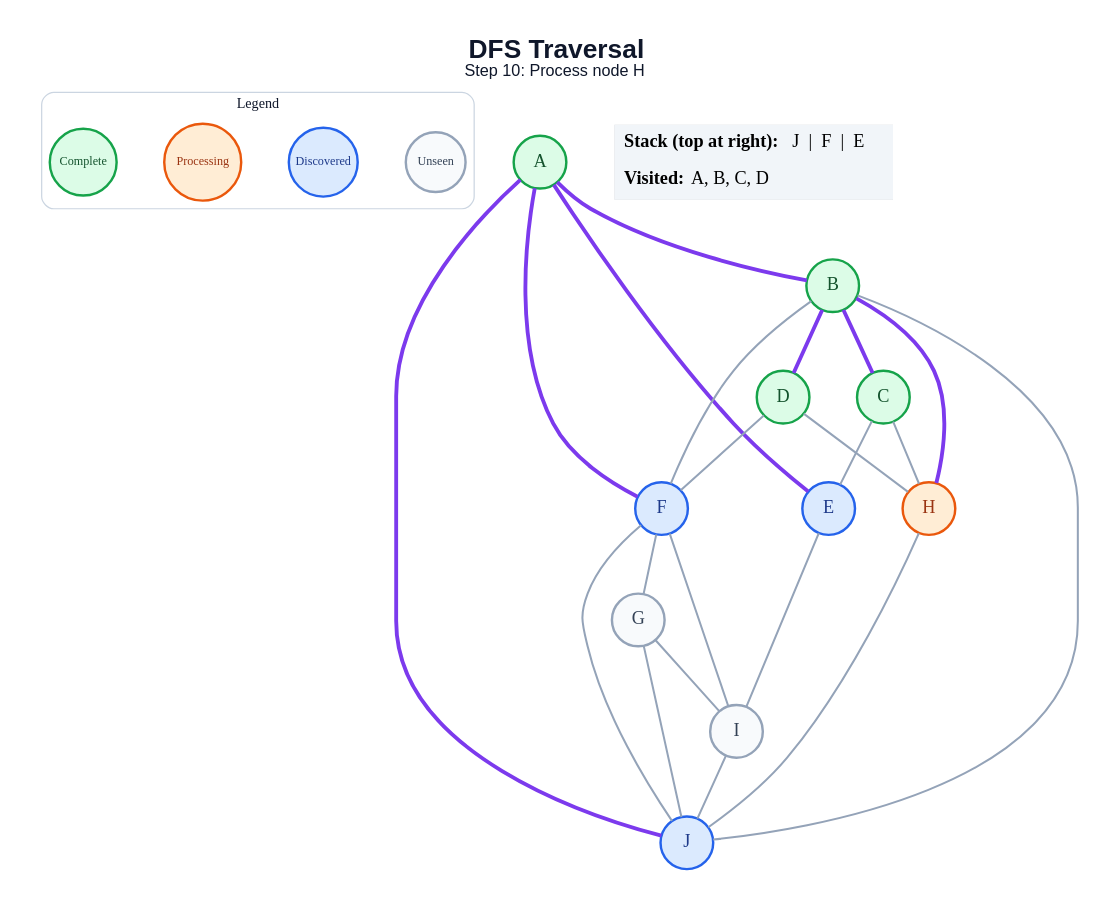
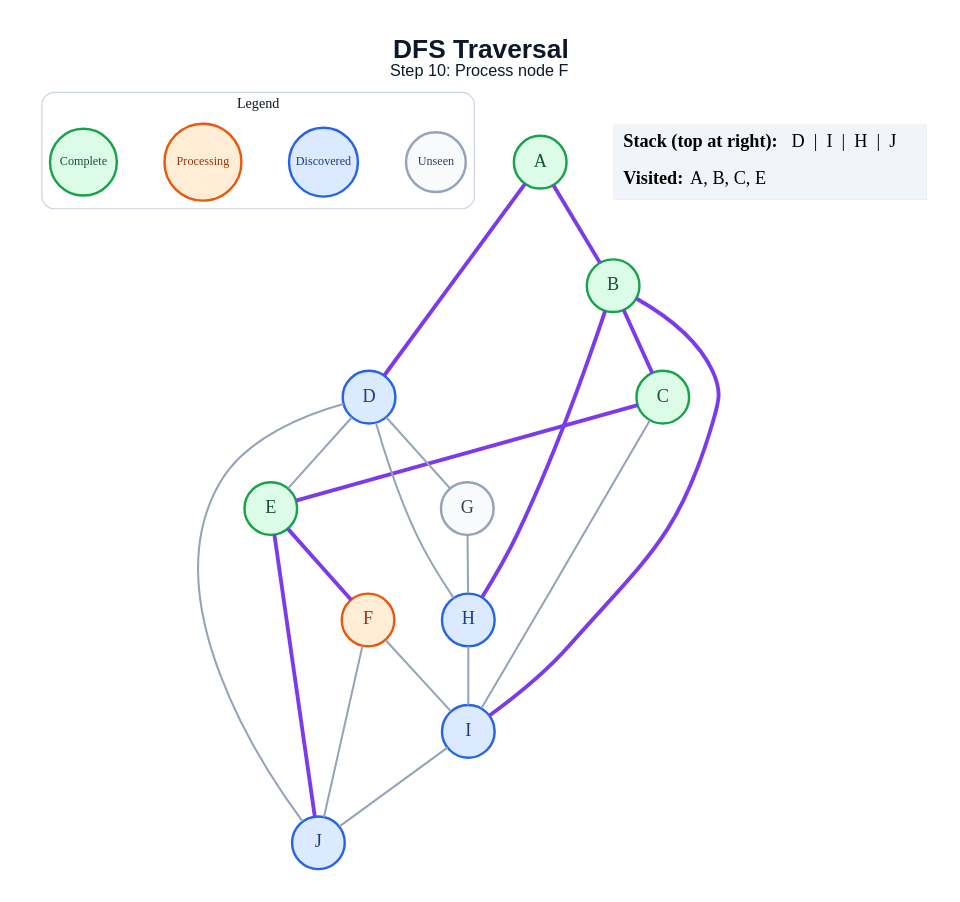
The diagram in generated/dfs/step_10.dot (amanghodawala9/ai-slop), drawn with Graphviz before and after one commit. The commit also changed 178 other files, not shown here.

```diff
--- a/generated/dfs/step_10.dot
+++ b/generated/dfs/step_10.dot
@@ -1,50 +1,47 @@
 graph traversal {
   graph [layout=dot, rankdir=TB, bgcolor="#FFFFFF", pad="0.35", nodesep="0.65", ranksep="0.8", fontname="Arial"];
   node [shape=circle, style="filled", fontname="Arial Bold", fontsize=18, width=0.72, fixedsize=true, penwidth=2.4];
   edge [color="#94A3B8", penwidth=2.0];
-  label=<<B>DFS Traversal</B><BR/><FONT POINT-SIZE="16">Step 10: Process node H</FONT>>; labelloc="t"; fontsize=26; fontname="Arial"; fontcolor="#0F172A";
+  label=<<B>DFS Traversal</B><BR/><FONT POINT-SIZE="16">Step 10: Process node F</FONT>>; labelloc="t"; fontsize=26; fontname="Arial"; fontcolor="#0F172A";
   subgraph cluster_legend { label="Legend"; color="#CBD5E1"; penwidth=1.2; style="rounded"; fontsize=14; fontname="Arial Bold";
     key_unseen [label="Unseen", fillcolor="#F8FAFC", color="#94A3B8", fontcolor="#334155", fontsize=12, width=0.82];
     key_frontier [label="Discovered", fillcolor="#DBEAFE", color="#2563EB", fontcolor="#1E3A8A", fontsize=12, width=0.95];
     key_current [label="Processing", fillcolor="#FFEDD5", color="#EA580C", fontcolor="#9A3412", fontsize=12, width=1.05];
     key_done [label="Complete", fillcolor="#DCFCE7", color="#16A34A", fontcolor="#14532D", fontsize=12, width=0.92];
     { rank=same; key_unseen; key_frontier; key_current; key_done; }
   }
   A [fillcolor="#DCFCE7", color="#16A34A", fontcolor="#14532D"];
   B [fillcolor="#DCFCE7", color="#16A34A", fontcolor="#14532D"];
   C [fillcolor="#DCFCE7", color="#16A34A", fontcolor="#14532D"];
-  D [fillcolor="#DCFCE7", color="#16A34A", fontcolor="#14532D"];
-  E [fillcolor="#DBEAFE", color="#2563EB", fontcolor="#1E3A8A"];
-  F [fillcolor="#DBEAFE", color="#2563EB", fontcolor="#1E3A8A"];
+  D [fillcolor="#DBEAFE", color="#2563EB", fontcolor="#1E3A8A"];
+  E [fillcolor="#DCFCE7", color="#16A34A", fontcolor="#14532D"];
+  F [fillcolor="#FFEDD5", color="#EA580C", fontcolor="#9A3412"];
   G [fillcolor="#F8FAFC", color="#94A3B8", fontcolor="#334155"];
-  H [fillcolor="#FFEDD5", color="#EA580C", fontcolor="#9A3412"];
-  I [fillcolor="#F8FAFC", color="#94A3B8", fontcolor="#334155"];
+  H [fillcolor="#DBEAFE", color="#2563EB", fontcolor="#1E3A8A"];
+  I [fillcolor="#DBEAFE", color="#2563EB", fontcolor="#1E3A8A"];
   J [fillcolor="#DBEAFE", color="#2563EB", fontcolor="#1E3A8A"];
   A -- B [color="#7C3AED", penwidth=3.8];
-  A -- E [color="#7C3AED", penwidth=3.8];
-  A -- F [color="#7C3AED", penwidth=3.8];
-  A -- J [color="#7C3AED", penwidth=3.8];
+  A -- D [color="#7C3AED", penwidth=3.8];
   B -- C [color="#7C3AED", penwidth=3.8];
-  B -- D [color="#7C3AED", penwidth=3.8];
-  B -- F;
   B -- H [color="#7C3AED", penwidth=3.8];
-  B -- J;
-  C -- E;
-  C -- H;
-  D -- F;
+  B -- I [color="#7C3AED", penwidth=3.8];
+  C -- E [color="#7C3AED", penwidth=3.8];
+  C -- I;
+  D -- E;
+  D -- G;
   D -- H;
-  E -- I;
-  F -- G;
+  D -- J;
+  E -- F [color="#7C3AED", penwidth=3.8];
+  E -- J [color="#7C3AED", penwidth=3.8];
   F -- I;
   F -- J;
-  G -- I;
-  G -- J;
-  H -- J;
+  G -- H;
+  H -- I;
   I -- J;
   status [shape=plain, fixedsize=false, width=0, height=0, margin=0, label=<
     <TABLE BORDER="0" CELLBORDER="0" CELLPADDING="7" BGCOLOR="#F1F5F9">
-      <TR><TD ALIGN="LEFT"><B>Stack (top at right):</B> J  |  F  |  E</TD></TR>
-      <TR><TD ALIGN="LEFT"><B>Visited:</B> A, B, C, D</TD></TR>
+      <TR><TD ALIGN="LEFT"><B>Stack (top at right):</B> D  |  I  |  H  |  J</TD></TR>
+      <TR><TD ALIGN="LEFT"><B>Visited:</B> A, B, C, E</TD></TR>
     </TABLE>
   >];
 }
```
